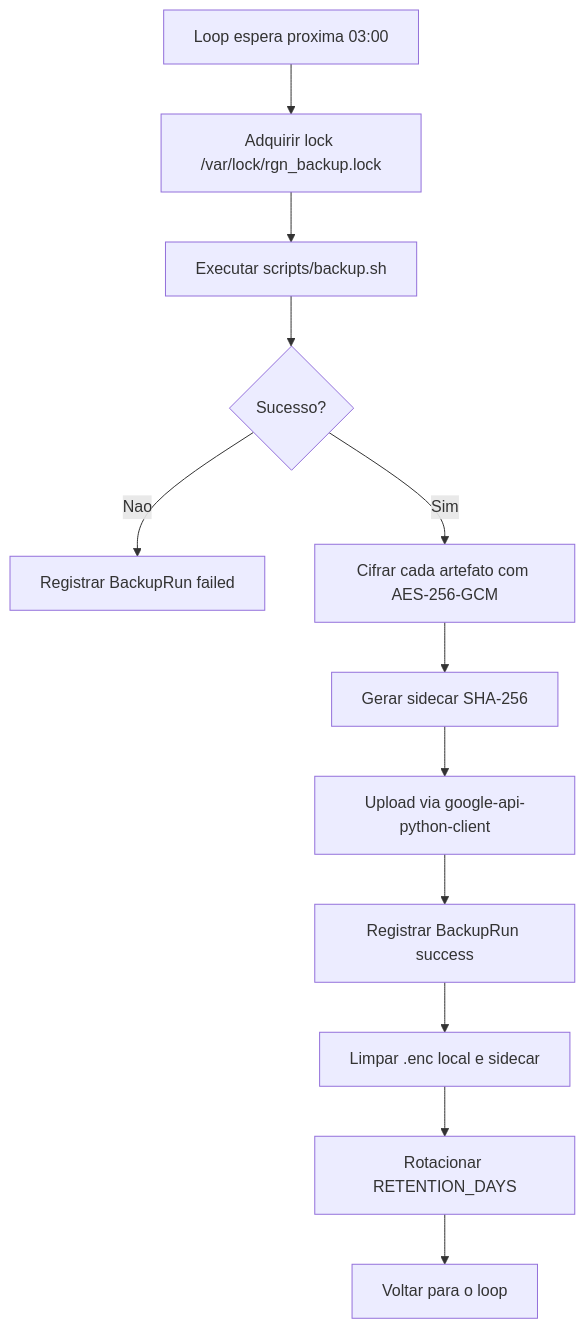
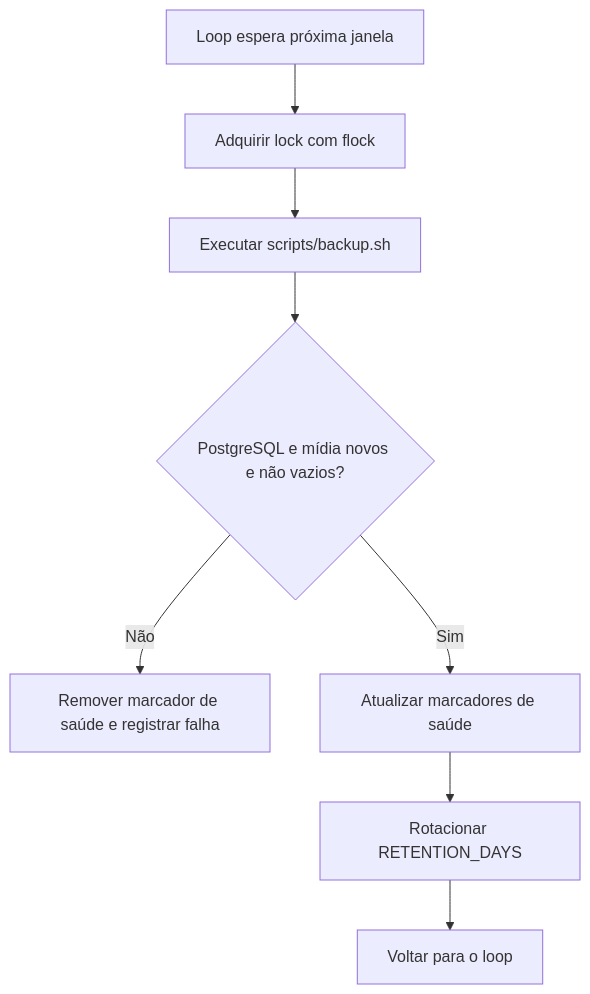
The second of 3 diagrams in docs/architecture/backup-restore.md (RuiGN/rgnfamarsystemv2), drawn with Mermaid before and after one commit. The commit also changed other lines of this file and 248 other files, not shown here.

````diff
--- a/docs/architecture/backup-restore.md
+++ b/docs/architecture/backup-restore.md
@@ -135,14 +101,10 @@
 ```mermaid
 flowchart TD
-    A[Loop espera proxima 03:00] --> B[Adquirir lock /var/lock/rgn_backup.lock]
+    A[Loop espera próxima janela] --> B[Adquirir lock com flock]
     B --> C[Executar scripts/backup.sh]
-    C --> D{Sucesso?}
-    D -- Nao --> E[Registrar BackupRun failed]
-    D -- Sim --> F[Cifrar cada artefato com AES-256-GCM]
-    F --> G[Gerar sidecar SHA-256]
-    G --> H[Upload via google-api-python-client]
-    H --> I[Registrar BackupRun success]
-    I --> J[Limpar .enc local e sidecar]
-    J --> K[Rotacionar RETENTION_DAYS]
-    K --> L[Voltar para o loop]
+    C --> D{PostgreSQL e mídia novos e não vazios?}
+    D -- Não --> E[Remover marcador de saúde e registrar falha]
+    D -- Sim --> F[Atualizar marcadores de saúde]
+    F --> G[Rotacionar RETENTION_DAYS]
+    G --> H[Voltar para o loop]
 ```
````
